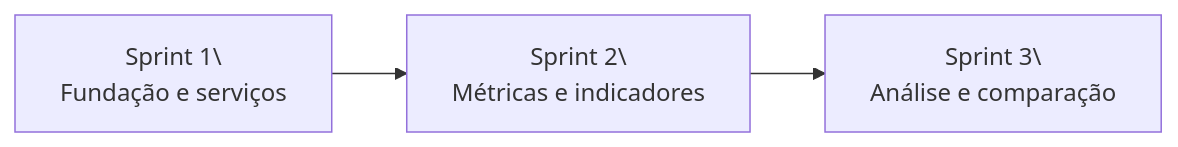
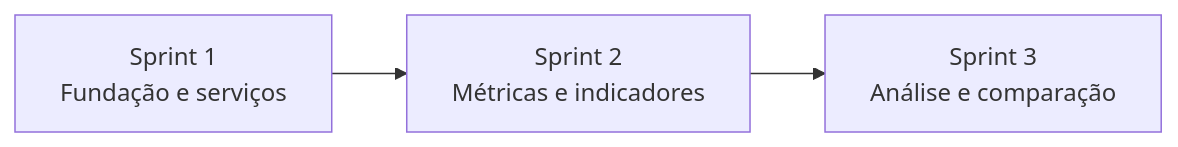
One commit to let-zapplin/GreenER changed the diagram in docs/plano-de-entregas.md. Above: the diagram before and after it, drawn with Mermaid. The commit also changed other lines of this file and 3 other files, not shown here.

````diff
--- a/docs/plano-de-entregas.md
+++ b/docs/plano-de-entregas.md
@@ -15,7 +17,7 @@
 ```mermaid
 
 flowchart LR
 
-    S1["Sprint 1\<br/>Fundação e serviços"] --> S2["Sprint 2\<br/>Métricas e indicadores"] --> S3["Sprint 3\<br/>Análise e comparação"]
+    S1["Sprint 1<br/>Fundação e serviços"] --> S2["Sprint 2<br/>Métricas e indicadores"] --> S3["Sprint 3<br/>Análise e comparação"]
 
 ```
````
